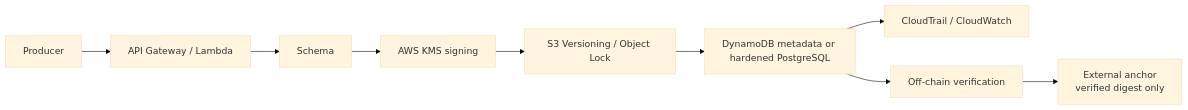
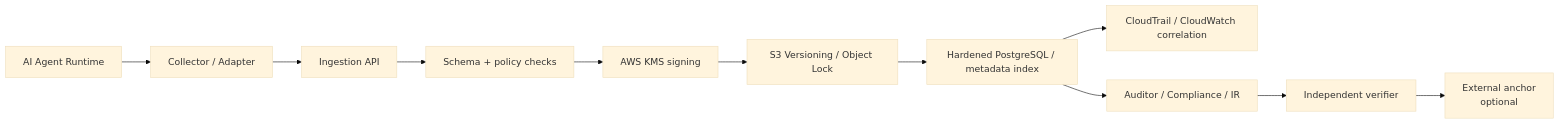
Before and after one commit to kognavi/tanden-trust-audit-poc: the third of 3 diagrams in docs/architecture-diagram.md, drawn with Mermaid (base theme). The commit also changed other lines of this file and 13 other files, not shown here.

````diff
--- a/docs/architecture-diagram.md
+++ b/docs/architecture-diagram.md
@@ -35,11 +57,13 @@
-```mermaid
+~~~mermaid
 flowchart LR
-    P[Producer] --> API[API Gateway / Lambda]
-    API --> SC[Schema]
-    SC --> KMS[AWS KMS signing]
+    A[AI Agent Runtime] --> C[Collector / Adapter]
+    C --> API[Ingestion API]
+    API --> VAL[Schema + policy checks]
+    VAL --> KMS[AWS KMS signing]
     KMS --> S3[S3 Versioning / Object Lock]
-    S3 --> DB[DynamoDB metadata or hardened PostgreSQL]
-    DB --> CT[CloudTrail / CloudWatch]
-    DB --> VF[Off-chain verification]
-    VF --> AN[External anchor<br/>verified digest only]
-```
+    S3 --> DB[Hardened PostgreSQL / metadata index]
+    DB --> CT[CloudTrail / CloudWatch correlation]
+    DB --> AUD[Auditor / Compliance / IR]
+    AUD --> VER[Independent verifier]
+    VER --> EXT[External anchor<br/>optional]
+~~~
````
